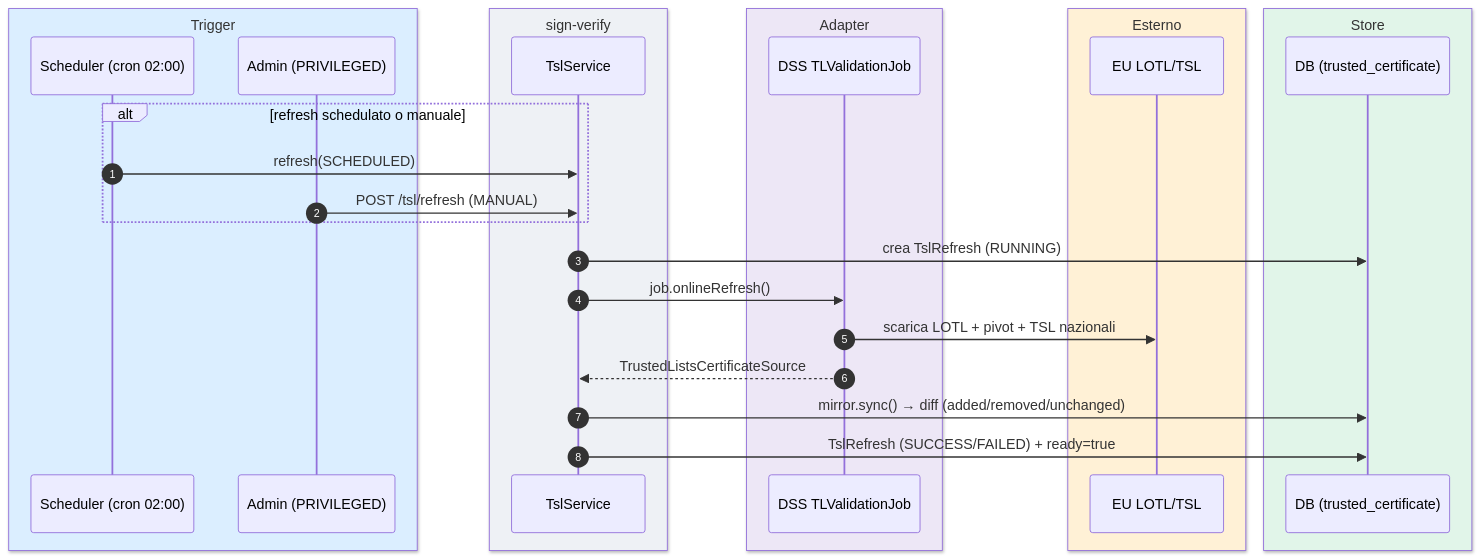
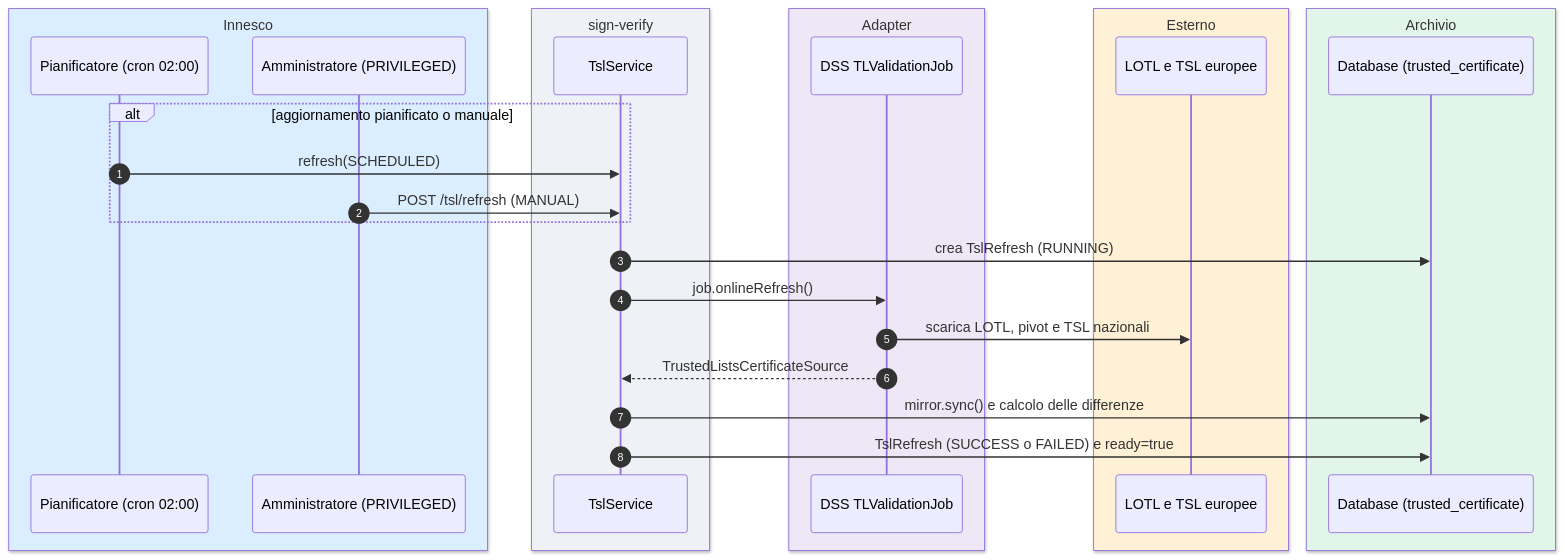
One commit to toresoft/sign-verify changed the diagram in docs/it/04-trusted-certificates.md. Above: the diagram before and after it, drawn with Mermaid. The commit also changed other lines of this file and 14 other files, not shown here.

````diff
--- a/docs/it/04-trusted-certificates.md
+++ b/docs/it/04-trusted-certificates.md
@@ -12,31 +12,31 @@
 ```mermaid
 sequenceDiagram
     autonumber
-    box rgb(219,238,255) Trigger
-    participant Sched as Scheduler (cron 02:00)
-    participant Adm as Admin (PRIVILEGED)
+    box rgb(219,238,255) Innesco
+    participant Sched as Pianificatore (cron 02:00)
+    participant Adm as Amministratore (PRIVILEGED)
     end
     box rgb(238,241,245) sign-verify
     participant T as TslService
     end
     box rgb(237,231,246) Adapter
     participant DSS as DSS TLValidationJob
     end
     box rgb(255,241,214) Esterno
-    participant EU as EU LOTL/TSL
+    participant EU as LOTL e TSL europee
     end
-    box rgb(225,245,233) Store
-    participant DB as DB (trusted_certificate)
+    box rgb(225,245,233) Archivio
+    participant DB as Database (trusted_certificate)
     end
 
-    alt refresh schedulato o manuale
+    alt aggiornamento pianificato o manuale
         Sched->>T: refresh(SCHEDULED)
         Adm->>T: POST /tsl/refresh (MANUAL)
     end
     T->>DB: crea TslRefresh (RUNNING)
     T->>DSS: job.onlineRefresh()
-    DSS->>EU: scarica LOTL + pivot + TSL nazionali
+    DSS->>EU: scarica LOTL, pivot e TSL nazionali
     DSS-->>T: TrustedListsCertificateSource
-    T->>DB: mirror.sync() → diff (added/removed/unchanged)
-    T->>DB: TslRefresh (SUCCESS/FAILED) + ready=true
+    T->>DB: mirror.sync() e calcolo delle differenze
+    T->>DB: TslRefresh (SUCCESS o FAILED) e ready=true
 ```
````
